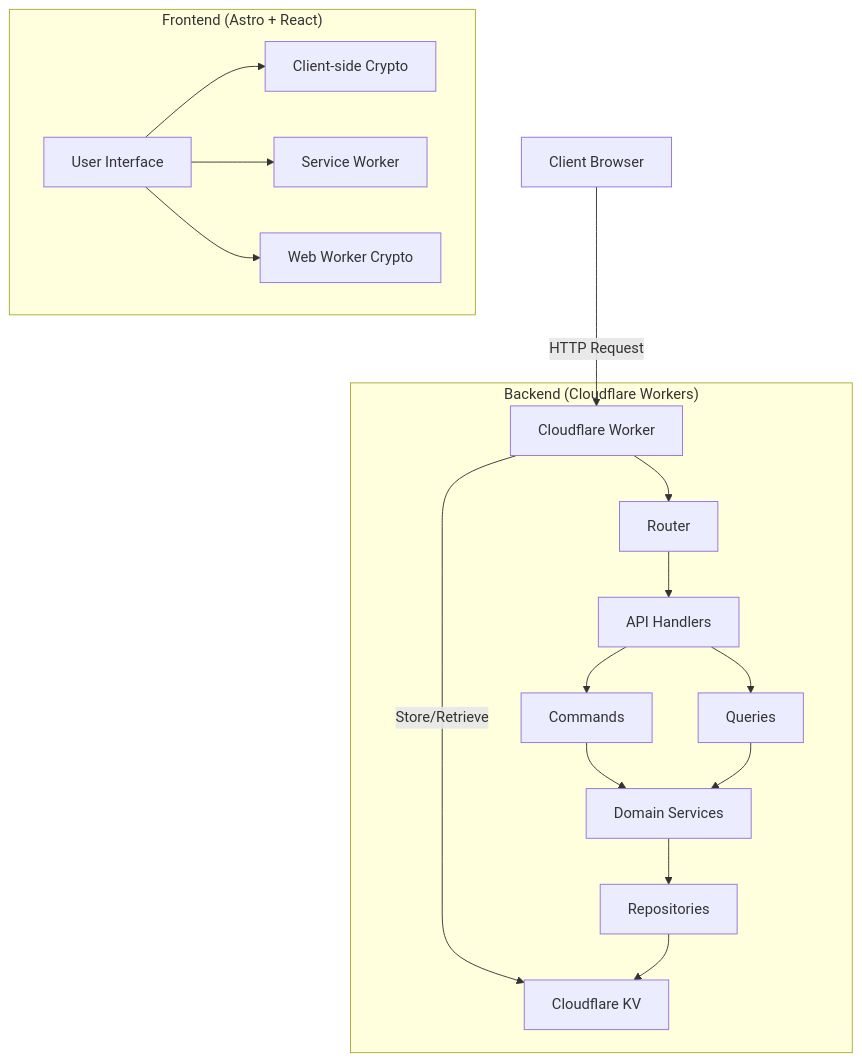
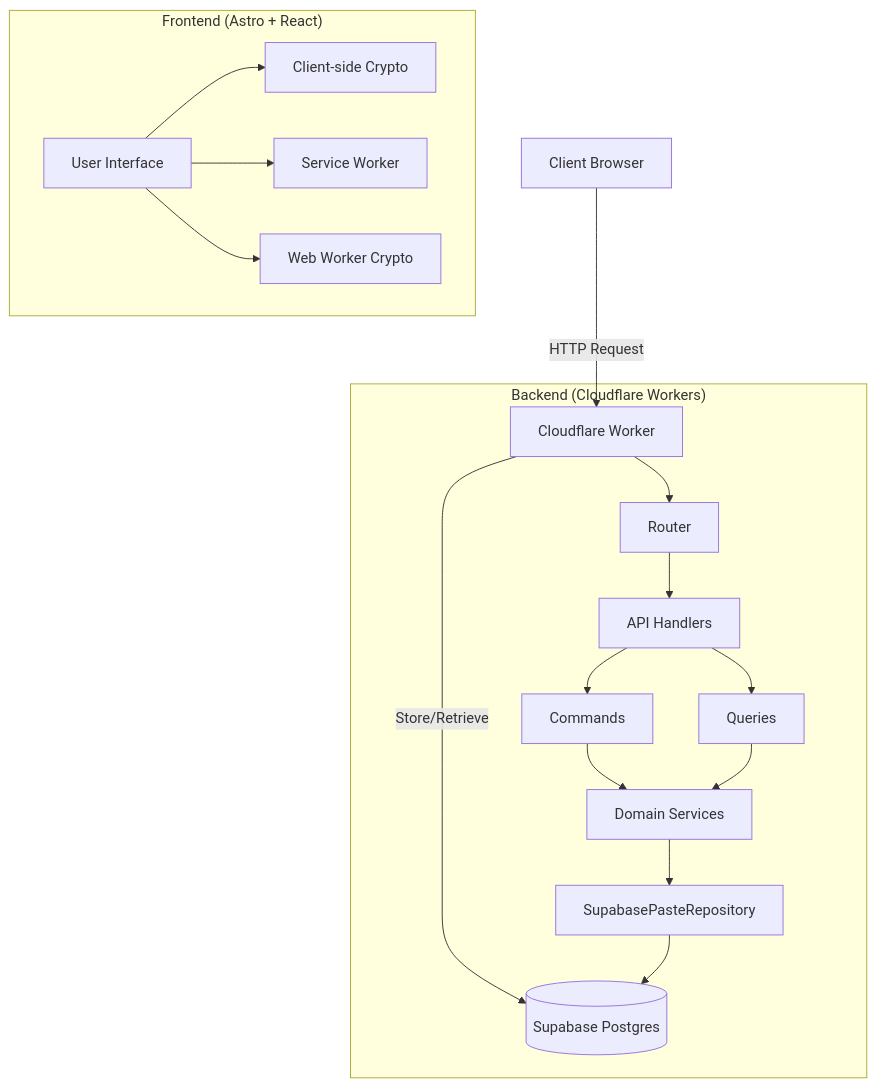
Before and after one commit to erfianugrah/pastebin: the third of 9 diagrams in README.md, drawn with Mermaid. The commit also changed other lines of this file and 14 other files, not shown here.

````diff
--- a/README.md
+++ b/README.md
@@ -146,22 +146,22 @@
 ```mermaid
 graph TD
     Client[Client Browser] --> |HTTP Request| Worker[Cloudflare Worker]
-    Worker --> |Store/Retrieve| KV[Cloudflare KV]
+    Worker --> |Store/Retrieve| DB[(Supabase Postgres)]
     
     subgraph "Frontend (Astro + React)"
         UI[User Interface] --> CryptoClient[Client-side Crypto]
         UI --> ServiceWorker[Service Worker]
         UI --> CryptoWorker[Web Worker Crypto]
     end
     
     subgraph "Backend (Cloudflare Workers)"
         Worker --> Router[Router]
         Router --> Handlers[API Handlers]
         Handlers --> Commands[Commands]
         Handlers --> Queries[Queries]
         Commands --> Services[Domain Services]
         Queries --> Services
-        Services --> Repositories[Repositories]
-        Repositories --> KV
+        Services --> Repositories[SupabasePasteRepository]
+        Repositories --> DB
     end
 ```
````
